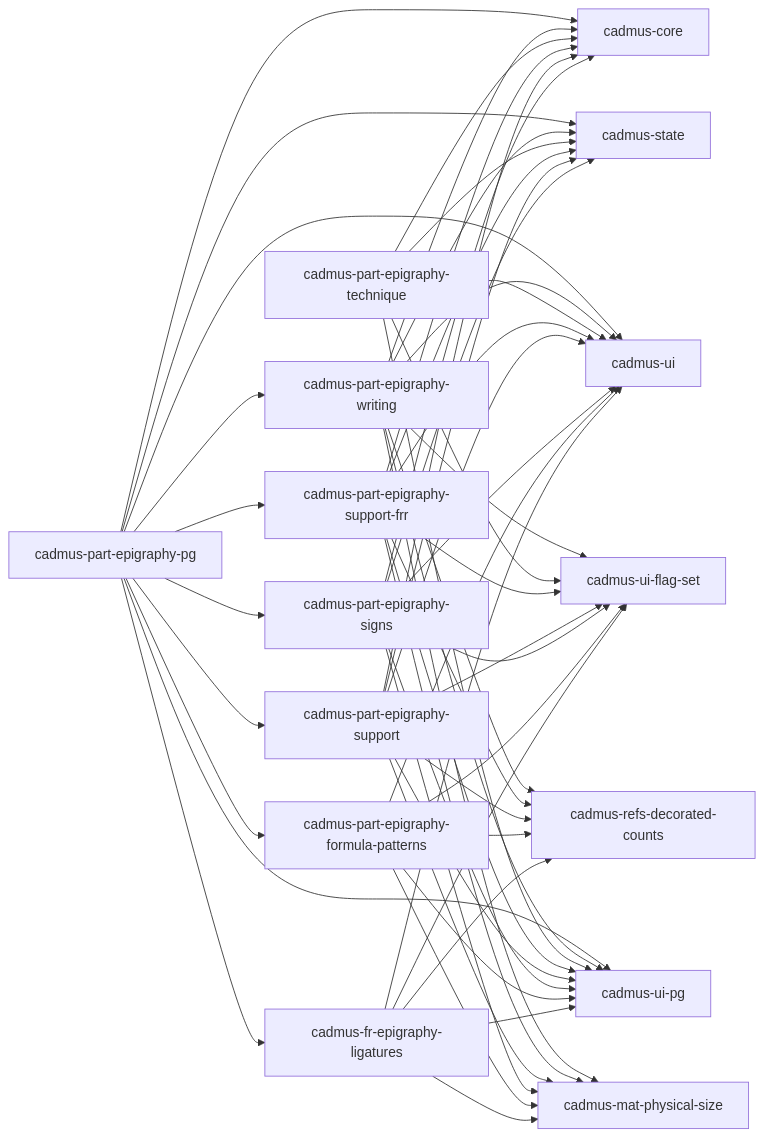
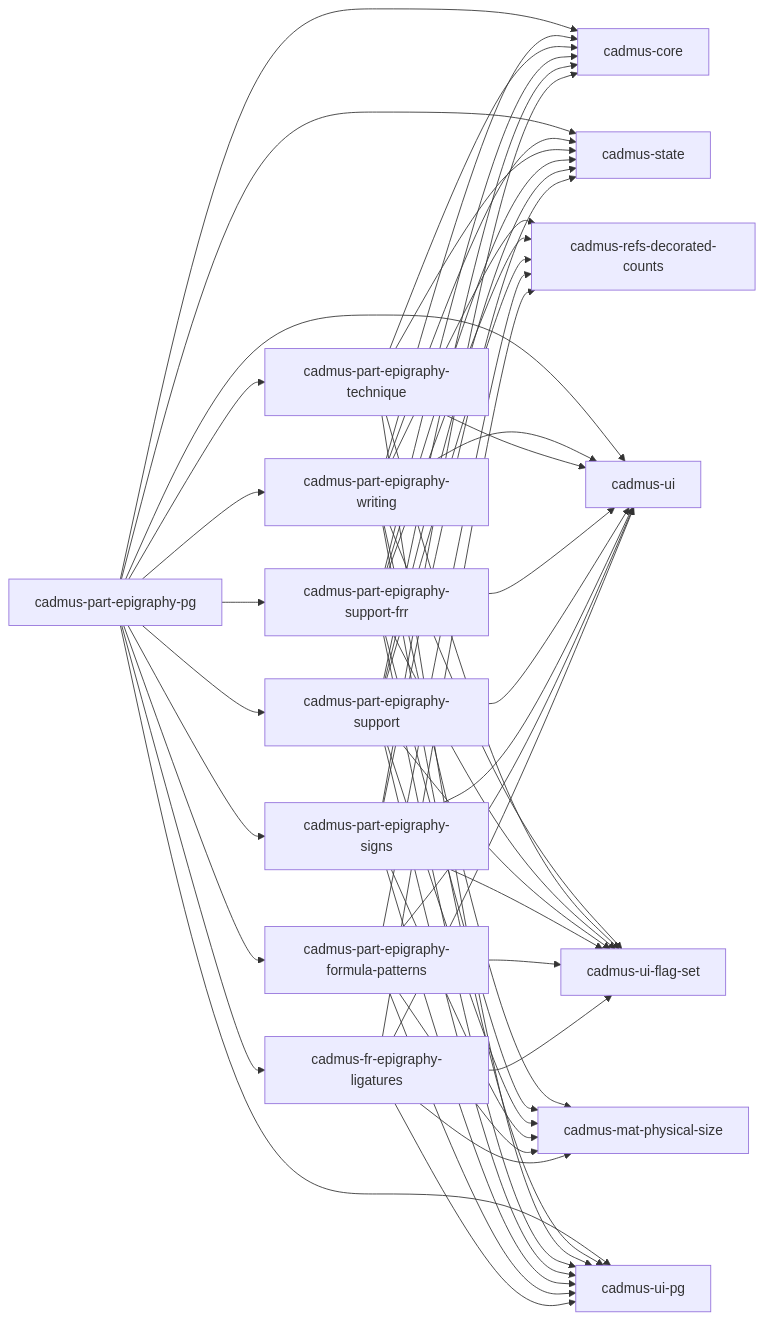
Before and after one commit to vedph/cadmus-doc: the diagram in frontend/epigraphy-shell.md, drawn with Mermaid.

````diff
--- a/frontend/epigraphy-shell.md
+++ b/frontend/epigraphy-shell.md
@@ -12,55 +12,56 @@
 ```mermaid
 graph LR;
   cadmus-fr-epigraphy-ligatures --> cadmus-mat-physical-size
   cadmus-fr-epigraphy-ligatures --> cadmus-refs-decorated-counts
   cadmus-fr-epigraphy-ligatures --> cadmus-ui-flag-set
   cadmus-fr-epigraphy-ligatures --> cadmus-ui
   cadmus-fr-epigraphy-ligatures --> cadmus-ui-pg
   cadmus-part-epigraphy-formula-patterns --> cadmus-mat-physical-size
   cadmus-part-epigraphy-formula-patterns --> cadmus-refs-decorated-counts
   cadmus-part-epigraphy-formula-patterns --> cadmus-ui-flag-set
   cadmus-part-epigraphy-formula-patterns --> cadmus-ui
   cadmus-part-epigraphy-formula-patterns --> cadmus-ui-pg
   cadmus-part-epigraphy-signs --> cadmus-mat-physical-size
   cadmus-part-epigraphy-signs --> cadmus-ui-flag-set
   cadmus-part-epigraphy-signs --> cadmus-core
   cadmus-part-epigraphy-signs --> cadmus-state
   cadmus-part-epigraphy-signs --> cadmus-ui
   cadmus-part-epigraphy-signs --> cadmus-ui-pg
   cadmus-part-epigraphy-support --> cadmus-refs-decorated-counts
   cadmus-part-epigraphy-support --> cadmus-ui-flag-set
   cadmus-part-epigraphy-support --> cadmus-mat-physical-size
   cadmus-part-epigraphy-support --> cadmus-core
   cadmus-part-epigraphy-support --> cadmus-state
   cadmus-part-epigraphy-support --> cadmus-ui
   cadmus-part-epigraphy-support --> cadmus-ui-pg
   cadmus-part-epigraphy-support-frr --> cadmus-refs-decorated-counts
   cadmus-part-epigraphy-support-frr --> cadmus-ui-flag-set
   cadmus-part-epigraphy-support-frr --> cadmus-mat-physical-size
   cadmus-part-epigraphy-support-frr --> cadmus-core
   cadmus-part-epigraphy-support-frr --> cadmus-state
   cadmus-part-epigraphy-support-frr --> cadmus-ui
   cadmus-part-epigraphy-support-frr --> cadmus-ui-pg
   cadmus-part-epigraphy-technique --> cadmus-ui-flag-set
   cadmus-part-epigraphy-technique --> cadmus-core
   cadmus-part-epigraphy-technique --> cadmus-state
   cadmus-part-epigraphy-technique --> cadmus-ui
   cadmus-part-epigraphy-technique --> cadmus-ui-pg
   cadmus-part-epigraphy-writing --> cadmus-mat-physical-size
   cadmus-part-epigraphy-writing --> cadmus-refs-decorated-counts
   cadmus-part-epigraphy-writing --> cadmus-ui-flag-set
   cadmus-part-epigraphy-writing --> cadmus-core
   cadmus-part-epigraphy-writing --> cadmus-state
   cadmus-part-epigraphy-writing --> cadmus-ui
   cadmus-part-epigraphy-writing --> cadmus-ui-pg
   cadmus-part-epigraphy-pg --> cadmus-core
   cadmus-part-epigraphy-pg --> cadmus-state
   cadmus-part-epigraphy-pg --> cadmus-ui
   cadmus-part-epigraphy-pg --> cadmus-ui-pg
   cadmus-part-epigraphy-pg --> cadmus-part-epigraphy-support
   cadmus-part-epigraphy-pg --> cadmus-part-epigraphy-support-frr
+  cadmus-part-epigraphy-pg --> cadmus-part-epigraphy-technique
   cadmus-part-epigraphy-pg --> cadmus-part-epigraphy-writing
   cadmus-part-epigraphy-pg --> cadmus-part-epigraphy-signs
   cadmus-part-epigraphy-pg --> cadmus-fr-epigraphy-ligatures
   cadmus-part-epigraphy-pg --> cadmus-part-epigraphy-formula-patterns
 ```
````
